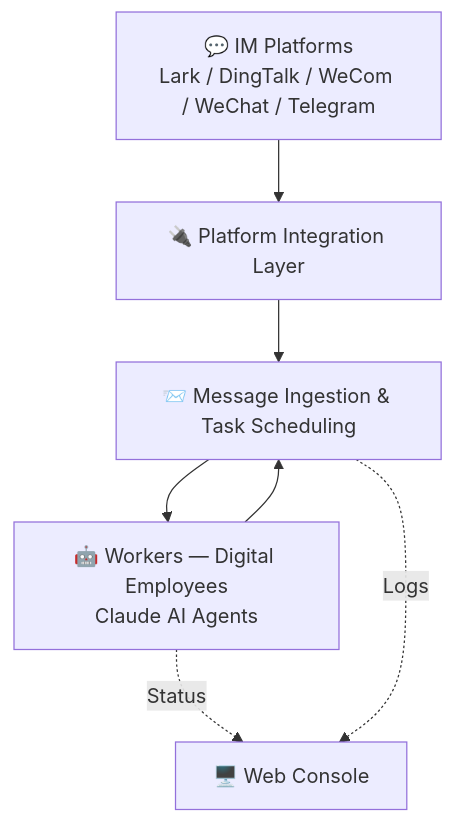
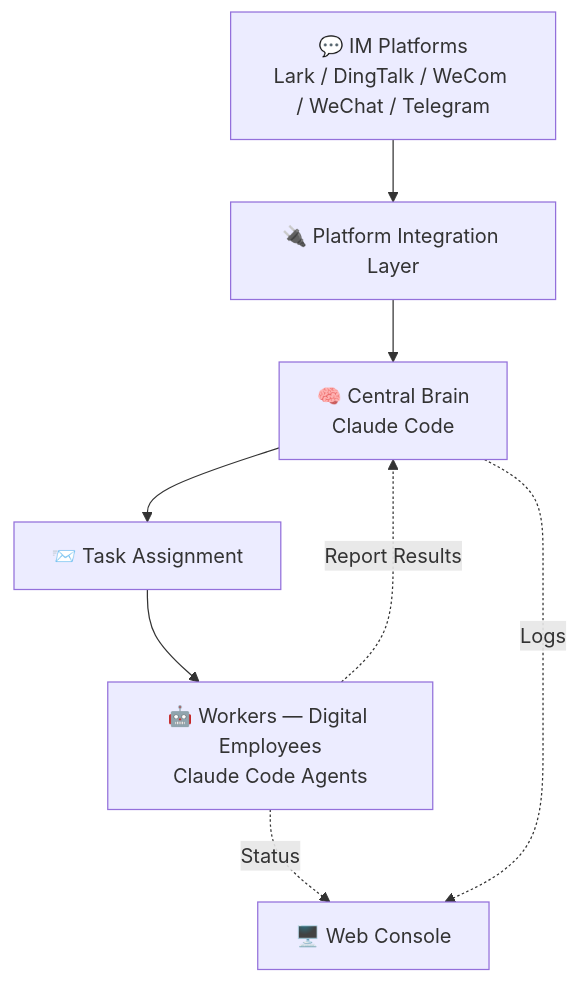
One commit to theopenbee/openbee changed the diagram in README.md. Above: the diagram before and after it, drawn with Mermaid. The commit also changed other lines of this file and 1 other file, not shown here.

First line of the commit message:
docs: update README to use Claude Code branding and new architecture diagram

````diff
--- a/README.md
+++ b/README.md
@@ -111,9 +111,10 @@
 ```mermaid
 graph TD
     A["💬 IM Platforms\nLark / DingTalk / WeCom / WeChat / Telegram"] --> B["🔌 Platform Integration Layer"]
-    B --> C["📨 Message Ingestion & Task Scheduling"]
-    C --> D["🤖 Workers — Digital Employees\nClaude AI Agents"]
-    D --> C
-    D -. "Status" .-> E["🖥️ Web Console"]
-    C -. "Logs" .-> E
+    B --> C["🧠 Central Brain\nClaude Code"]
+    C --> D["📨 Task Assignment"]
+    D --> E["🤖 Workers — Digital Employees\nClaude Code Agents"]
+    E -. "Report Results" .-> C
+    E -. "Status" .-> F["🖥️ Web Console"]
+    C -. "Logs" .-> F
 ```
````
